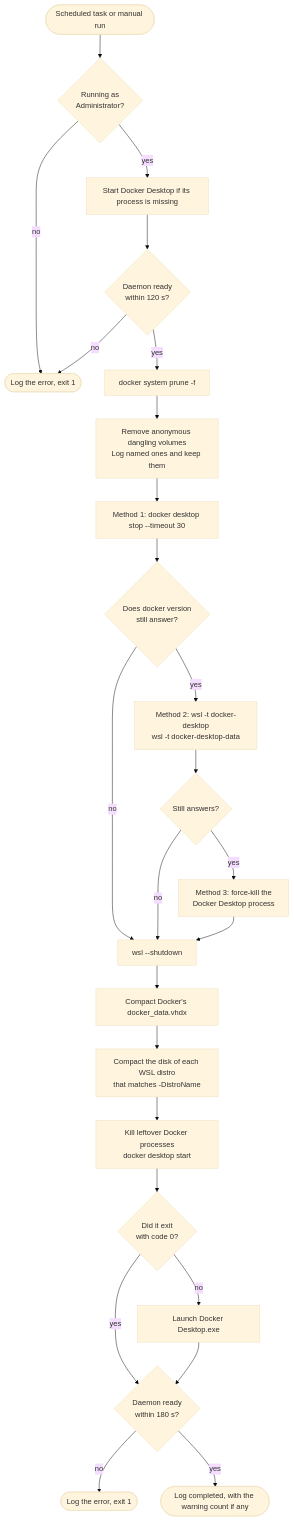
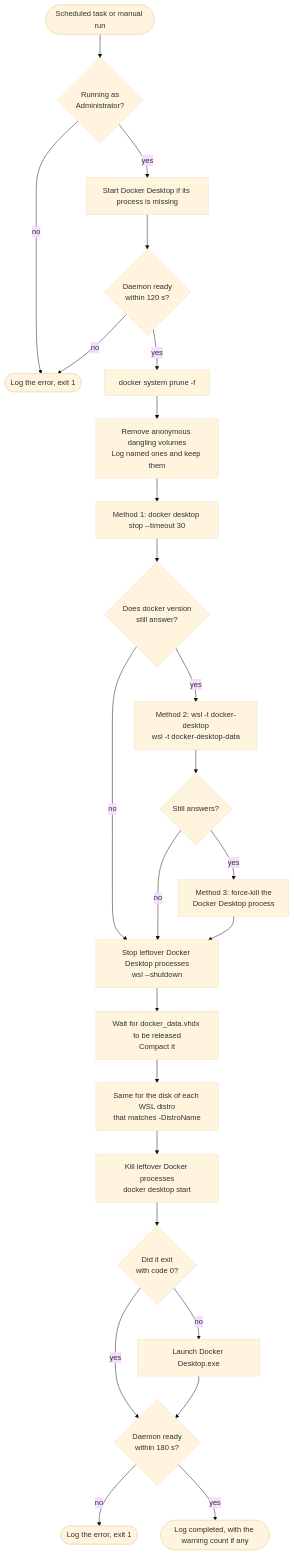
Before and after one commit to duplonicus/Docker-WSL-Disk-Cleanup-Compact-Script: the diagram in README.md, drawn with Mermaid (base theme). The commit also changed other lines of this file, not shown here.

First line of the commit message:
README: lock wait, earlier Docker process stop, script location

````diff
--- a/README.md
+++ b/README.md
@@ -107,27 +109,27 @@
 ```mermaid
 flowchart TD
     start([Scheduled task or manual run]) --> admin{Running as<br/>Administrator?}
     admin -- no --> fail([Log the error, exit 1])
     admin -- yes --> up["Start Docker Desktop if its process is missing"]
     up --> ready{Daemon ready<br/>within 120 s?}
     ready -- no --> fail
     ready -- yes --> prune["docker system prune -f"]
     prune --> vols["Remove anonymous dangling volumes<br/>Log named ones and keep them"]
     vols --> m1["Method 1: docker desktop stop --timeout 30"]
     m1 --> q1{Does docker version<br/>still answer?}
     q1 -- no --> wsl
     q1 -- yes --> m2["Method 2: wsl -t docker-desktop<br/>wsl -t docker-desktop-data"]
     m2 --> q2{Still answers?}
     q2 -- no --> wsl
     q2 -- yes --> m3["Method 3: force-kill the<br/>Docker Desktop process"]
-    m3 --> wsl["wsl --shutdown"]
-    wsl --> c1["Compact Docker's docker_data.vhdx"]
-    c1 --> c2["Compact the disk of each WSL distro<br/>that matches -DistroName"]
+    m3 --> wsl["Stop leftover Docker Desktop processes<br/>wsl --shutdown"]
+    wsl --> c1["Wait for docker_data.vhdx to be released<br/>Compact it"]
+    c1 --> c2["Same for the disk of each WSL distro<br/>that matches -DistroName"]
     c2 --> restart["Kill leftover Docker processes<br/>docker desktop start"]
     restart --> q3{Did it exit<br/>with code 0?}
     q3 -- no --> exe["Launch Docker Desktop.exe"]
     q3 -- yes --> back
     exe --> back{Daemon ready<br/>within 180 s?}
     back -- no --> fail2([Log the error, exit 1])
     back -- yes --> done([Log completed, with the warning count if any])
 ```
````
